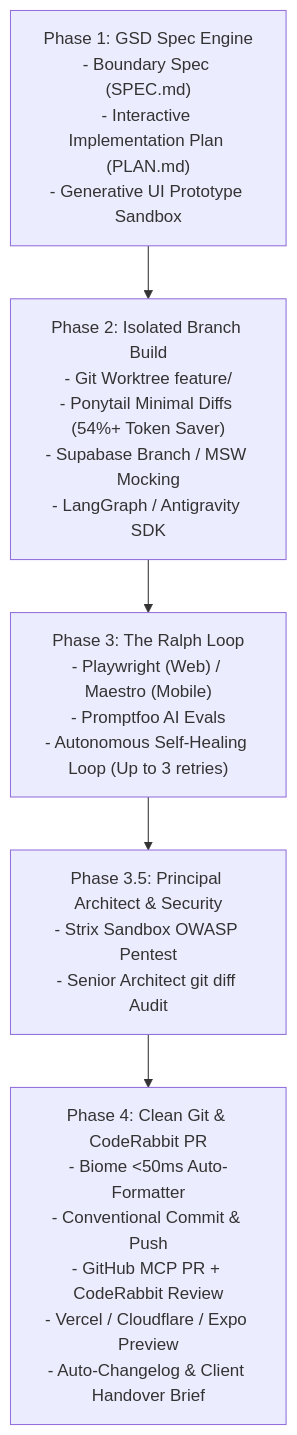
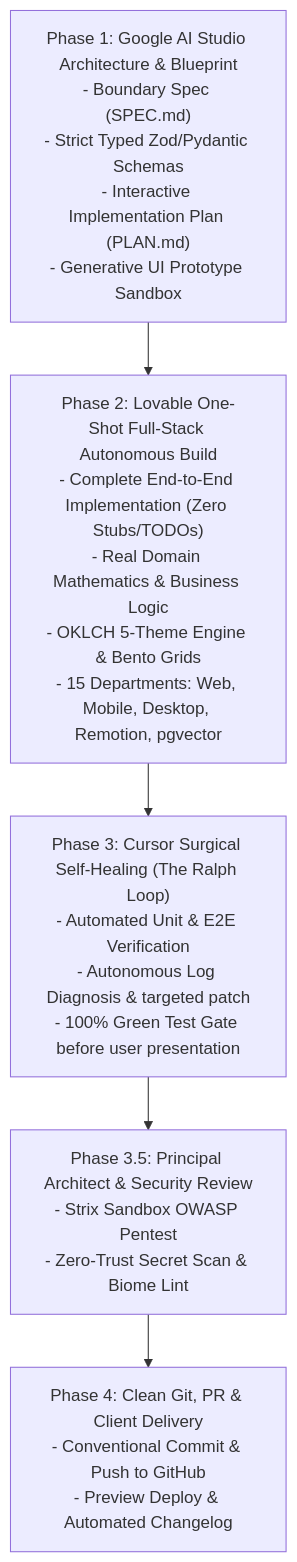
The diagram in skills/agency-pipeline/SKILL.md (josuva777/universal-agency-pipeline), drawn with Mermaid before and after one commit. The commit also changed other lines of this file and 3 other files, not shown here.

Commit message:
feat(core): establish Lovable x AI Studio x Cursor autonomous pipeline constitution

````diff
--- a/skills/agency-pipeline/SKILL.md
+++ b/skills/agency-pipeline/SKILL.md
@@ -17,10 +17,10 @@
 ```mermaid
 flowchart TD
-    P1["Phase 1: GSD Spec Engine\n- Boundary Spec (SPEC.md)\n- Interactive Implementation Plan (PLAN.md)\n- Generative UI Prototype Sandbox"]
-    P2["Phase 2: Isolated Branch Build\n- Git Worktree feature/<slug>\n- Ponytail Minimal Diffs (54%+ Token Saver)\n- Supabase Branch / MSW Mocking\n- LangGraph / Antigravity SDK"]
-    P3["Phase 3: The Ralph Loop\n- Playwright (Web) / Maestro (Mobile)\n- Promptfoo AI Evals\n- Autonomous Self-Healing Loop (Up to 3 retries)"]
-    REV["Phase 3.5: Principal Architect & Security\n- Strix Sandbox OWASP Pentest\n- Senior Architect git diff Audit"]
-    P4["Phase 4: Clean Git & CodeRabbit PR\n- Biome <50ms Auto-Formatter\n- Conventional Commit & Push\n- GitHub MCP PR + CodeRabbit Review\n- Vercel / Cloudflare / Expo Preview\n- Auto-Changelog & Client Handover Brief"]
+    P1["Phase 1: Google AI Studio Architecture & Blueprint\n- Boundary Spec (SPEC.md)\n- Strict Typed Zod/Pydantic Schemas\n- Interactive Implementation Plan (PLAN.md)\n- Generative UI Prototype Sandbox"]
+    P2["Phase 2: Lovable One-Shot Full-Stack Autonomous Build\n- Complete End-to-End Implementation (Zero Stubs/TODOs)\n- Real Domain Mathematics & Business Logic\n- OKLCH 5-Theme Engine & Bento Grids\n- 15 Departments: Web, Mobile, Desktop, Remotion, pgvector"]
+    P3["Phase 3: Cursor Surgical Self-Healing (The Ralph Loop)\n- Automated Unit & E2E Verification\n- Autonomous Log Diagnosis & targeted patch\n- 100% Green Test Gate before user presentation"]
+    REV["Phase 3.5: Principal Architect & Security Review\n- Strix Sandbox OWASP Pentest\n- Zero-Trust Secret Scan & Biome Lint"]
+    P4["Phase 4: Clean Git, PR & Client Delivery\n- Conventional Commit & Push to GitHub\n- Preview Deploy & Automated Changelog"]
 
     P1 --> P2 --> P3 --> REV --> P4
 ```
````
